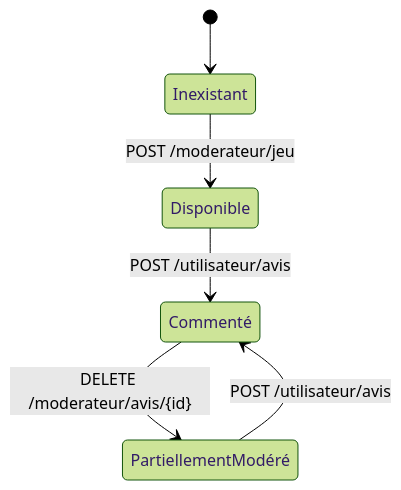
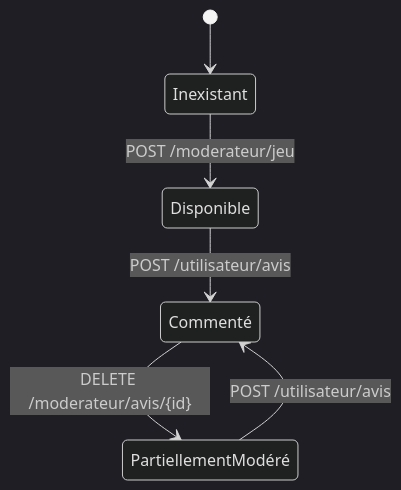
Before and after one commit to Jaxonce/avis-projet-esgi-m2: the third of 4 diagrams in backend/doc/uml.md, drawn with Mermaid.

````diff
--- a/backend/doc/uml.md
+++ b/backend/doc/uml.md
@@ -158,17 +158,17 @@
 ```mermaid
 ---
 config:
-  theme: forest
+  theme: dark
   look: classic
 ---
 stateDiagram-v2
     [*] --> Inexistant
 
     Inexistant --> Disponible : POST /moderateur/jeu
 
     Disponible --> Commenté : POST /utilisateur/avis
 
     Commenté --> PartiellementModéré : DELETE /moderateur/avis/{id}
 
     PartiellementModéré --> Commenté : POST /utilisateur/avis
 ```
````
